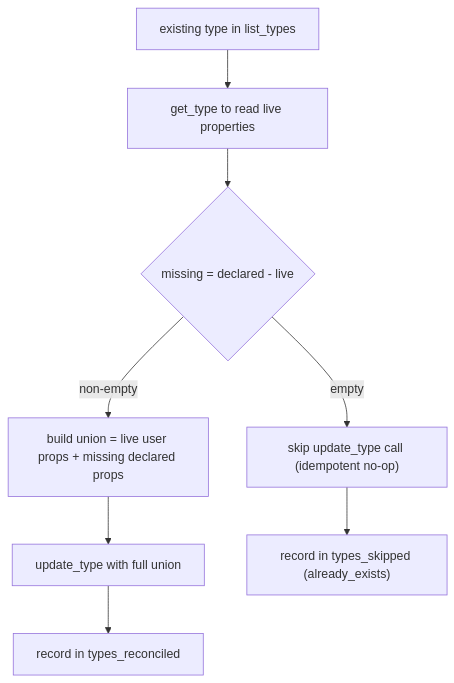
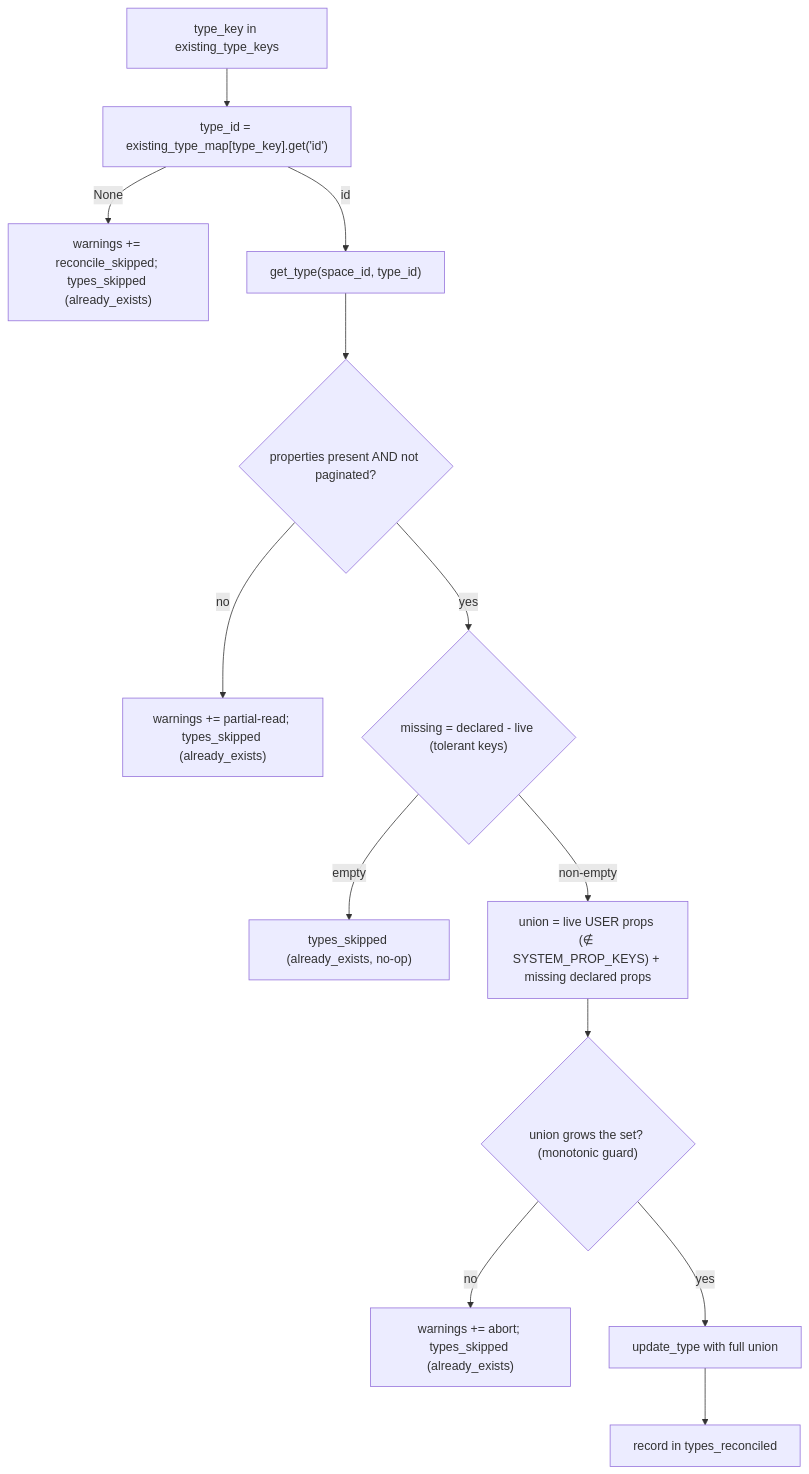
Before and after one commit to Aldeia-IT/anytype-llm-wiki: the diagram in .aldeia/426-surface-concept-contradictions-in-wiki-lint/spec.md, drawn with Mermaid. The commit also changed other lines of this file, not shown here.

Commit message:
spec(#426): revise per review R1 (bootstrap reconcile precision)

````diff
--- a/.aldeia/426-surface-concept-contradictions-in-wiki-lint/spec.md
+++ b/.aldeia/426-surface-concept-contradictions-in-wiki-lint/spec.md
@@ -146,10 +263,15 @@
 ```mermaid
 flowchart TD
-    A["existing type in list_types"] --> B["get_type to read live properties"]
-    B --> C{"missing = declared - live"}
-    C -->|"empty"| D["skip update_type call (idempotent no-op)"]
-    C -->|"non-empty"| E["build union = live user props + missing declared props"]
-    E --> F["update_type with full union"]
-    F --> G["record in types_reconciled"]
-    D --> H["record in types_skipped (already_exists)"]
+    A["type_key in existing_type_keys"] --> B["type_id = existing_type_map[type_key].get('id')"]
+    B -->|"None"| W["warnings += reconcile_skipped; types_skipped (already_exists)"]
+    B -->|"id"| G["get_type(space_id, type_id)"]
+    G --> P{"properties present AND not paginated?"}
+    P -->|"no"| W2["warnings += partial-read; types_skipped (already_exists)"]
+    P -->|"yes"| C{"missing = declared - live (tolerant keys)"}
+    C -->|"empty"| D["types_skipped (already_exists, no-op)"]
+    C -->|"non-empty"| E["union = live USER props (∉ SYSTEM_PROP_KEYS) + missing declared props"]
+    E --> M{"union grows the set? (monotonic guard)"}
+    M -->|"no"| W3["warnings += abort; types_skipped (already_exists)"]
+    M -->|"yes"| F["update_type with full union"]
+    F --> R["record in types_reconciled"]
 ```
````
